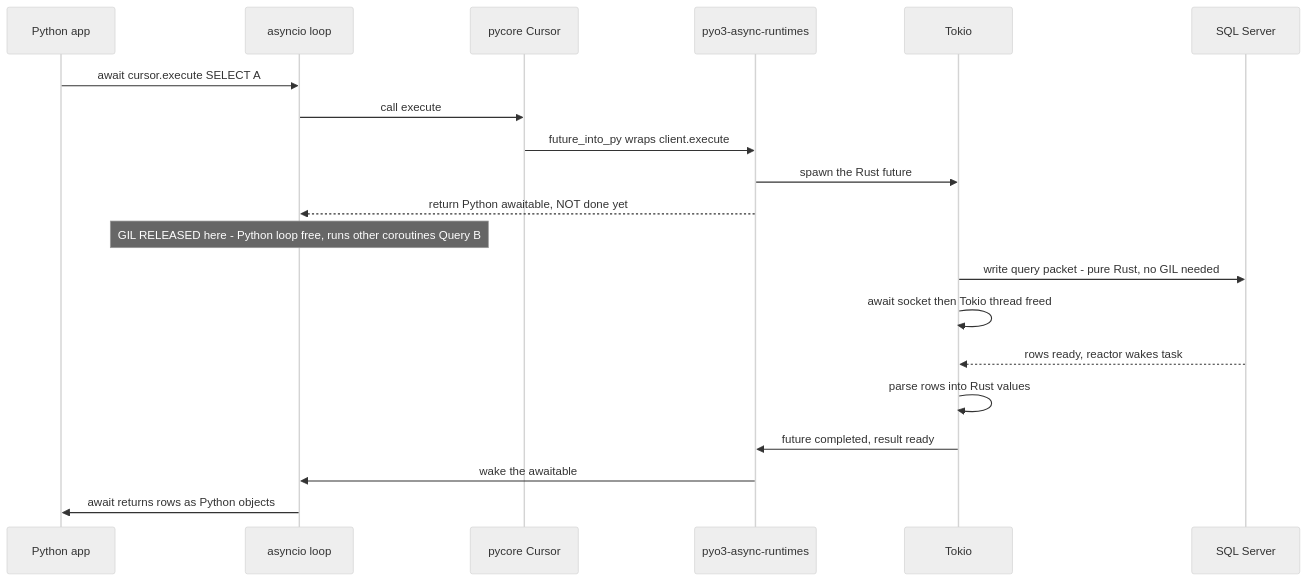
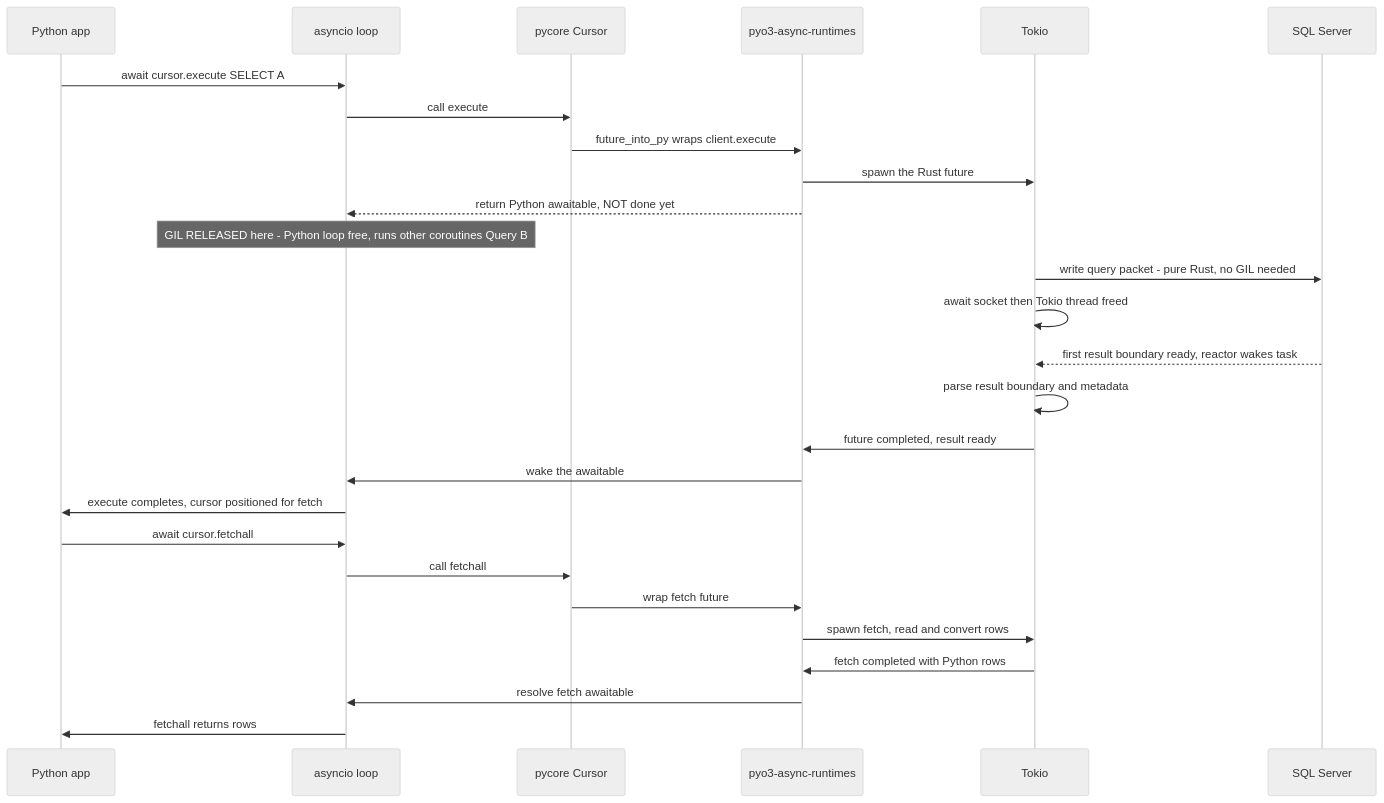
Diagram 13 of 16 in docs/async-execution-design.md (microsoft/mssql-rs), drawn with Mermaid (neutral theme) before and after one commit. The commit also changed other lines of this file and 1 other file, not shown here.

Commit message:
Correct async architecture documentation and API examples

````diff
--- a/docs/async-execution-design.md
+++ b/docs/async-execution-design.md
@@ -694,23 +748,30 @@
 ```mermaid
 sequenceDiagram
     participant App as Python app
     participant EL as asyncio loop
     participant Cur as pycore Cursor
     participant Bridge as pyo3-async-runtimes
     participant Tok as Tokio
     participant SQL as SQL Server
 
     App->>EL: await cursor.execute SELECT A
     EL->>Cur: call execute
     Cur->>Bridge: future_into_py wraps client.execute
     Bridge->>Tok: spawn the Rust future
     Bridge-->>EL: return Python awaitable, NOT done yet
     Note over EL: GIL RELEASED here - Python loop free, runs other coroutines Query B
     Tok->>SQL: write query packet - pure Rust, no GIL needed
     Tok->>Tok: await socket then Tokio thread freed
-    SQL-->>Tok: rows ready, reactor wakes task
-    Tok->>Tok: parse rows into Rust values
+    SQL-->>Tok: first result boundary ready, reactor wakes task
+    Tok->>Tok: parse result boundary and metadata
     Tok->>Bridge: future completed, result ready
     Bridge->>EL: wake the awaitable
-    EL->>App: await returns rows as Python objects
+    EL->>App: execute completes, cursor positioned for fetch
+    App->>EL: await cursor.fetchall
+    EL->>Cur: call fetchall
+    Cur->>Bridge: wrap fetch future
+    Bridge->>Tok: spawn fetch, read and convert rows
+    Tok->>Bridge: fetch completed with Python rows
+    Bridge->>EL: resolve fetch awaitable
+    EL->>App: fetchall returns rows
 ```
````
